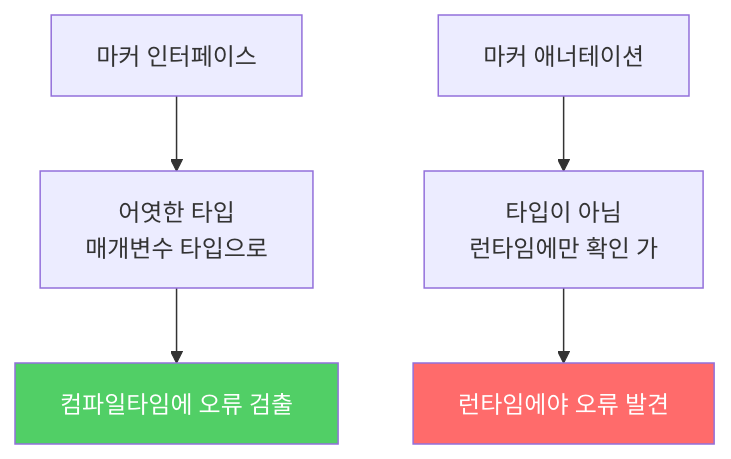
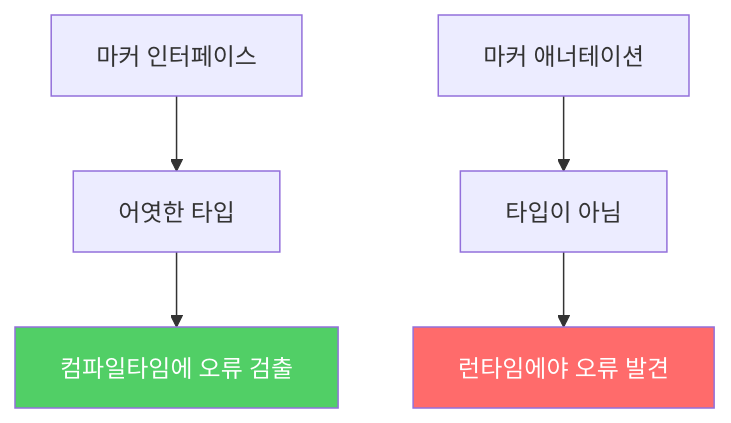
The first of 2 diagrams in _posts/java/2022-01-17-effective-java41.md (yjkim2015/yjkim2015.github.io), drawn with Mermaid before and after one commit. The commit also changed other lines of this file and 217 other files, not shown here.

First line of the commit message:
Mermaid 크기 수정: useMaxWidth:true + SVG max-width:100% + 라벨 축소

````diff
--- a/_posts/java/2022-01-17-effective-java41.md
+++ b/_posts/java/2022-01-17-effective-java41.md
@@ -38,9 +38,9 @@
 ```mermaid
 graph TD
-    A["마커 인터페이스"] --> B["어엿한 타입\n매개변수 타입으로"]
+    A["마커 인터페이스"] --> B["어엿한 타입"]
     B --> C["컴파일타임에 오류 검출"]
-    D["마커 애너테이션"] --> E["타입이 아님\n런타임에만 확인 가"]
+    D["마커 애너테이션"] --> E["타입이 아님"]
     E --> F["런타임에야 오류 발견"]
     style C fill:#51cf66,color:#fff
     style F fill:#ff6b6b,color:#fff
 ```
````
